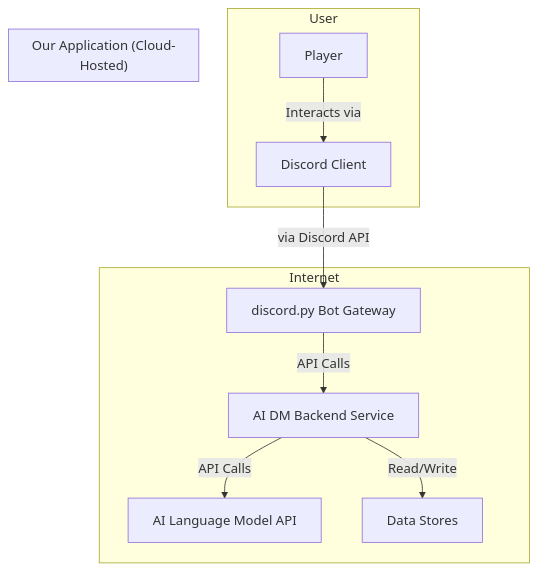
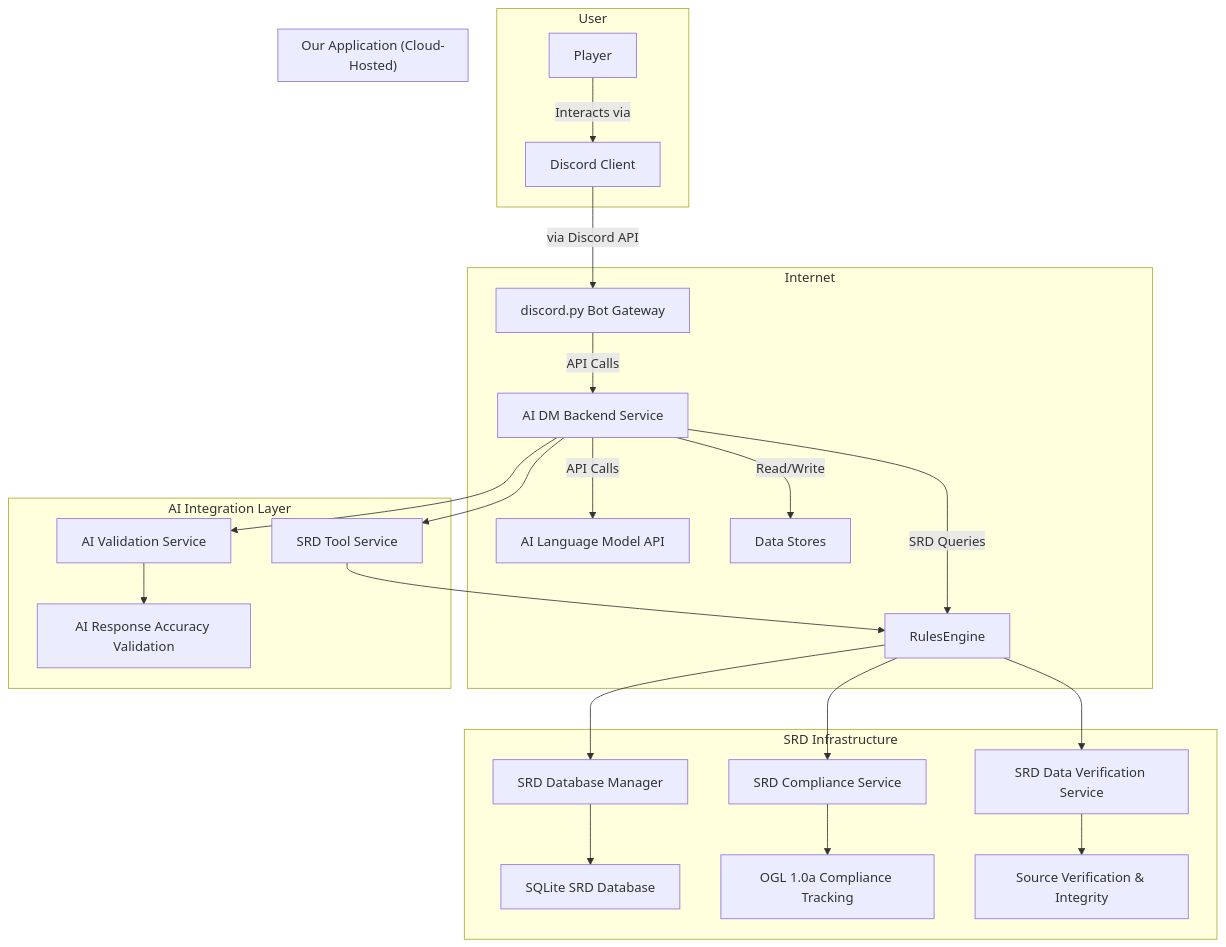
The diagram in docs/architecture/high-level-architecture.md (Dokt-R/ai-dungeon-master), drawn with Mermaid before and after one commit. The commit also changed other lines of this file and 89 other files, not shown here.

````diff
--- a/docs/architecture/high-level-architecture.md
+++ b/docs/architecture/high-level-architecture.md
@@ -17,19 +17,37 @@
 ```mermaid
 graph TD
     subgraph User
         A[Player] -- Interacts via --> B[Discord Client];
     end
 
     subgraph Internet
         B -- via Discord API --> C[discord.py Bot Gateway];
         C -- API Calls --> D[AI DM Backend Service];
         D -- API Calls --> E[AI Language Model API];
         D -- Read/Write --> F[Data Stores];
+        D -- SRD Queries --> G[RulesEngine];
     end
 
     subgraph "Our Application (Cloud-Hosted)"
         C;
         D;
         F;
+        G;
+    end
+
+    subgraph "SRD Infrastructure"
+        G --> H[SRD Database Manager];
+        G --> I[SRD Compliance Service];
+        G --> J[SRD Data Verification Service];
+        H --> K[SQLite SRD Database];
+        I --> L[OGL 1.0a Compliance Tracking];
+        J --> M[Source Verification & Integrity];
+    end
+
+    subgraph "AI Integration Layer"
+        D --> N[SRD Tool Service];
+        D --> O[AI Validation Service];
+        N --> G;
+        O --> P[AI Response Accuracy Validation];
     end
 ```
````
